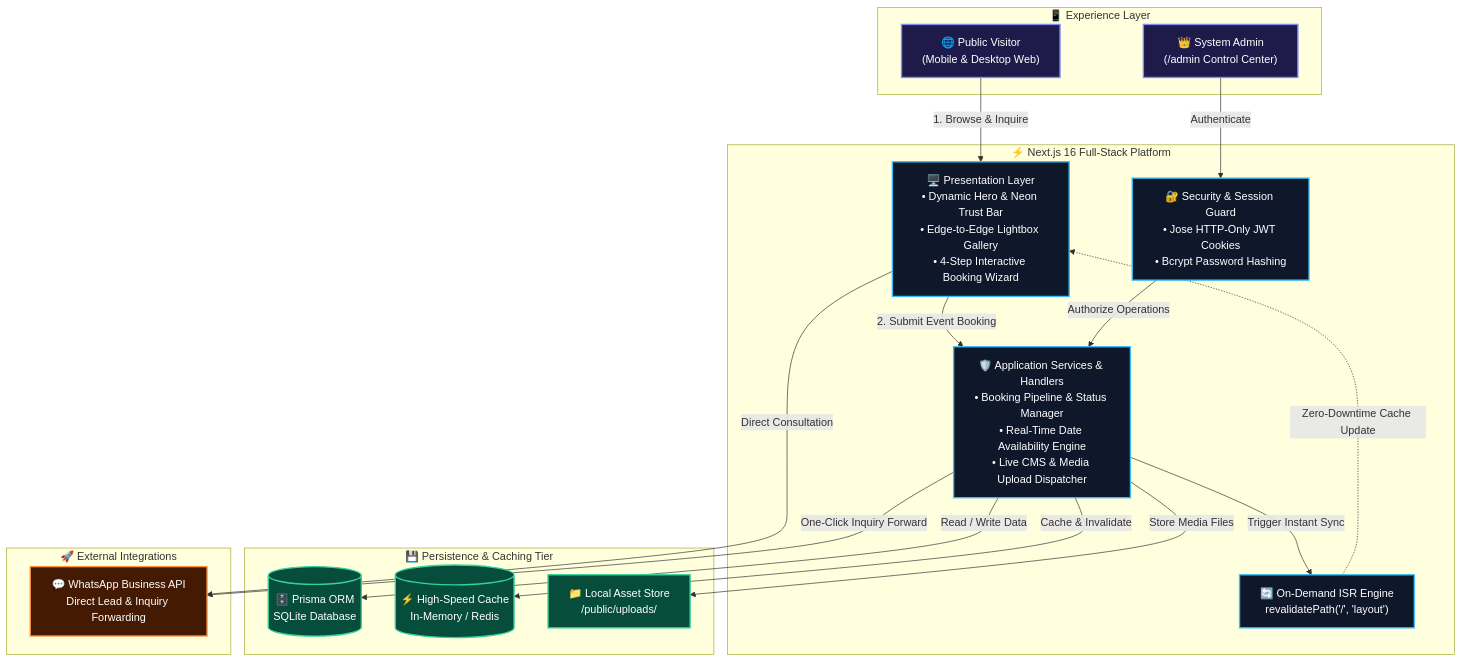
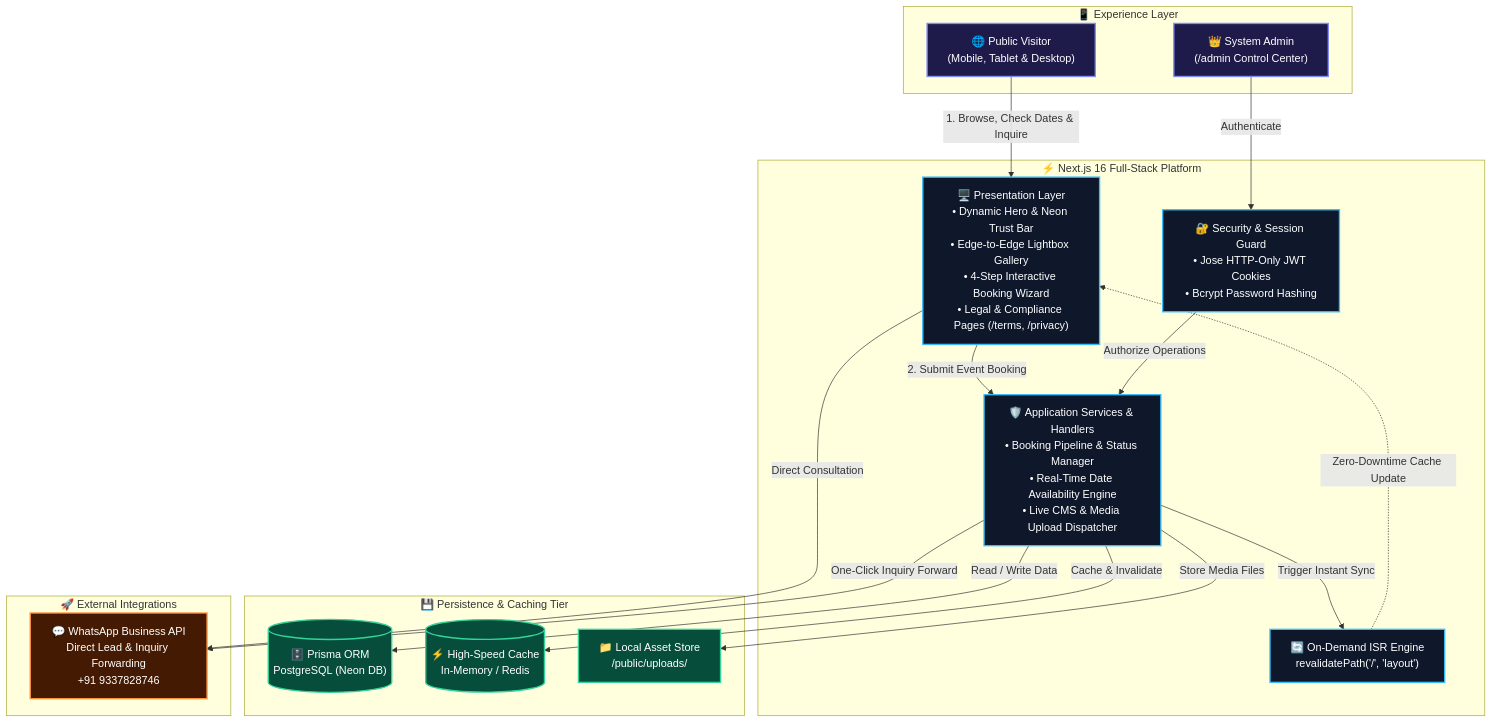
One commit to Gautamgiri798/Mantu-DJ-Booking changed the diagram in README.md. Above: the diagram before and after it, drawn with Mermaid. The commit also changed other lines of this file and 1 other file, not shown here.

````diff
--- a/README.md
+++ b/README.md
@@ -123,54 +131,54 @@
 ```mermaid
 flowchart TD
     %% 1. Clients Layer
     subgraph Clients["📱 Experience Layer"]
-        Visitor["🌐 Public Visitor<br/>(Mobile & Desktop Web)"]
+        Visitor["🌐 Public Visitor<br/>(Mobile, Tablet & Desktop)"]
         Admin["👑 System Admin<br/>(/admin Control Center)"]
     end
 
     %% 2. Next.js Fullstack Engine
     subgraph Engine["⚡ Next.js 16 Full-Stack Platform"]
-        Frontend["🖥️ Presentation Layer<br/>• Dynamic Hero & Neon Trust Bar<br/>• Edge-to-Edge Lightbox Gallery<br/>• 4-Step Interactive Booking Wizard"]
+        Frontend["🖥️ Presentation Layer<br/>• Dynamic Hero & Neon Trust Bar<br/>• Edge-to-Edge Lightbox Gallery<br/>• 4-Step Interactive Booking Wizard<br/>• Legal & Compliance Pages (/terms, /privacy)"]
         Services["🛡️ Application Services & Handlers<br/>• Booking Pipeline & Status Manager<br/>• Real-Time Date Availability Engine<br/>• Live CMS & Media Upload Dispatcher"]
         Auth["🔐 Security & Session Guard<br/>• Jose HTTP-Only JWT Cookies<br/>• Bcrypt Password Hashing"]
         ISR["🔄 On-Demand ISR Engine<br/>revalidatePath('/', 'layout')"]
     end
 
     %% 3. Storage & Persistence
     subgraph DataTier["💾 Persistence & Caching Tier"]
-        DB[("🗄️ Prisma ORM<br/>SQLite Database")]
+        DB[("🗄️ Prisma ORM<br/>PostgreSQL (Neon DB)")]
         Cache[("⚡ High-Speed Cache<br/>In-Memory / Redis")]
         Media["📁 Local Asset Store<br/>/public/uploads/"]
     end
 
     %% 4. External Communications
     subgraph External["🚀 External Integrations"]
-        WhatsApp["💬 WhatsApp Business API<br/>Direct Lead & Inquiry Forwarding"]
+        WhatsApp["💬 WhatsApp Business API<br/>Direct Lead & Inquiry Forwarding<br/>+91 9337828746"]
     end
 
     %% Clean Non-Crossing Data Flow
-    Visitor -->|1. Browse & Inquire| Frontend
+    Visitor -->|1. Browse, Check Dates & Inquire| Frontend
     Frontend -->|2. Submit Event Booking| Services
     Admin -->|Authenticate| Auth
     Auth -->|Authorize Operations| Services
     
     Services -->|Read / Write Data| DB
     Services -->|Cache & Invalidate| Cache
     Services -->|Store Media Files| Media
     Services -->|Trigger Instant Sync| ISR
     ISR -.->|Zero-Downtime Cache Update| Frontend
     
     Frontend -->|Direct Consultation| WhatsApp
     Services -->|One-Click Inquiry Forward| WhatsApp
 
     %% Styling for Premium Contrast
     classDef clientStyle fill:#1e1b4b,stroke:#818cf8,stroke-width:2px,color:#ffffff;
     classDef engineStyle fill:#0f172a,stroke:#38bdf8,stroke-width:2px,color:#ffffff;
     classDef dataStyle fill:#064e3b,stroke:#34d399,stroke-width:2px,color:#ffffff;
     classDef extStyle fill:#451a03,stroke:#fb923c,stroke-width:2px,color:#ffffff;
 
     class Visitor,Admin clientStyle;
     class Frontend,Services,Auth,ISR engineStyle;
     class DB,Cache,Media dataStyle;
     class WhatsApp extStyle;
 ```
````
